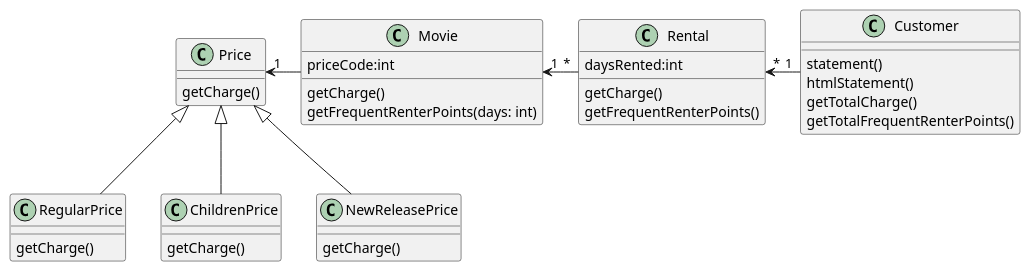
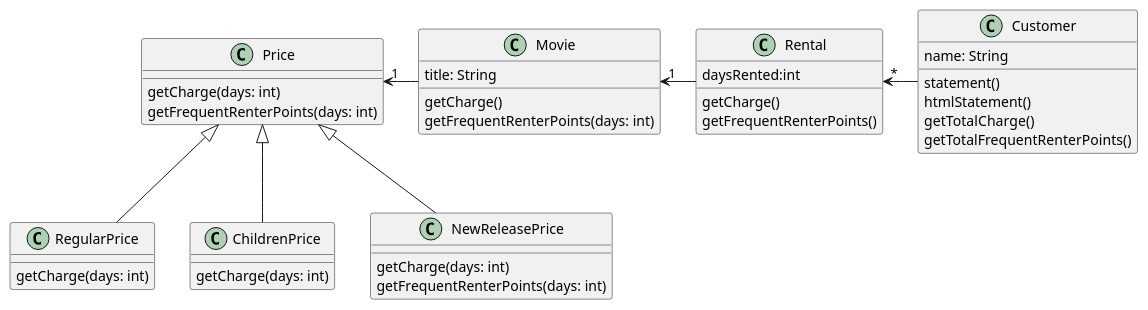
The second of 3 diagrams in docs/src/spec/video_rental.adoc (hiroshima-arc/re_zero_tdd), drawn with PlantUML before and after one commit. The commit also changed other lines of this file and 5 other files, not shown here.

```diff
--- a/docs/src/spec/video_rental.adoc
+++ b/docs/src/spec/video_rental.adoc
@@ -40,37 +40,40 @@
 [plantuml]
 ----
+class Price {
+  getCharge(days: int)
+  getFrequentRenterPoints(days: int)
+}
+class RegularPrice {
+  getCharge(days: int)
+}
+class ChildrenPrice {
+  getCharge(days: int)
+}
+class NewReleasePrice {
+  getCharge(days: int)
+  getFrequentRenterPoints(days: int)
+}
 class Movie {
-  priceCode:int
+  title: String
   getCharge()
   getFrequentRenterPoints(days: int)
-}
-class Price {
-  getCharge()
-}
-class RegularPrice {
-  getCharge()
-}
-class ChildrenPrice {
-  getCharge()
-}
-class NewReleasePrice {
-  getCharge()
 }
 class Rental {
   daysRented:int
   getCharge()
   getFrequentRenterPoints()
 }
 class Customer {
+  name: String
   statement()
   htmlStatement()
   getTotalCharge()
   getTotalFrequentRenterPoints()
 }
-Movie "1"<-"*" Rental
-Rental "*"<-"1" Customer
+Movie "1"<- Rental
+Rental "*"<- Customer
 Price "1"<- Movie
 Price <|-- RegularPrice
 Price <|-- ChildrenPrice
 Price <|-- NewReleasePrice
 ----
```
